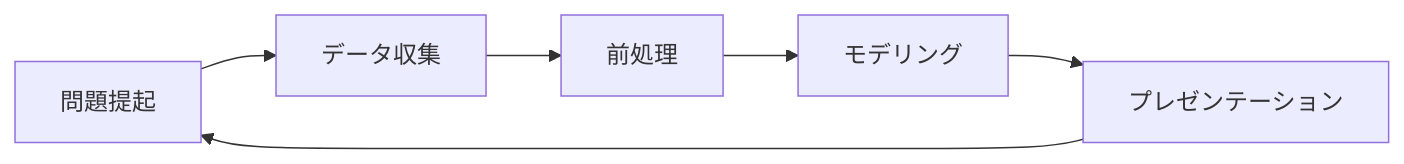
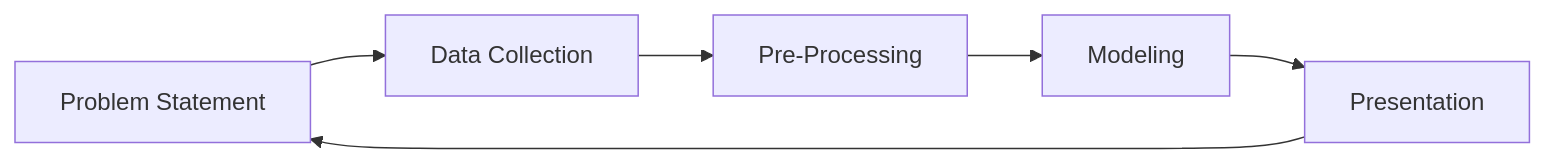
One commit to kyama0/gitlab-handbook-ja changed the diagram in content/handbook/enterprise-data/organization/analytics.md. Above: the diagram before and after it, drawn with Mermaid. The commit also changed other lines of this file and 100 other files, not shown here.

````diff
--- a/content/handbook/enterprise-data/organization/analytics.md
+++ b/content/handbook/enterprise-data/organization/analytics.md
@@ -72,8 +72,8 @@
 ```mermaid
 graph LR
-  A[問題提起]-->B
-  B[データ収集]-->C
-  C[前処理]-->D
-  D[モデリング]-->E
-  E[プレゼンテーション]-->A
+  A[Problem Statement]-->B
+  B[Data Collection]-->C
+  C[Pre-Processing]-->D
+  D[Modeling]-->E
+  E[Presentation]-->A
 ```
````
